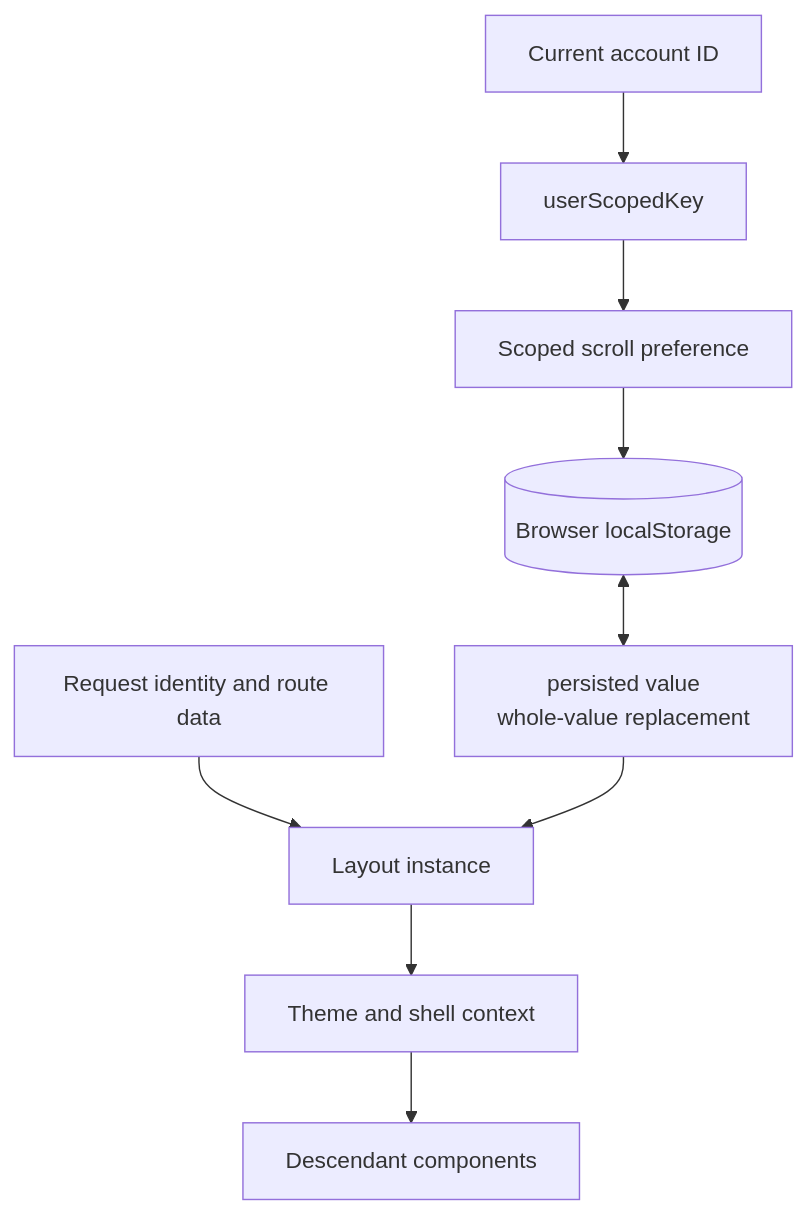
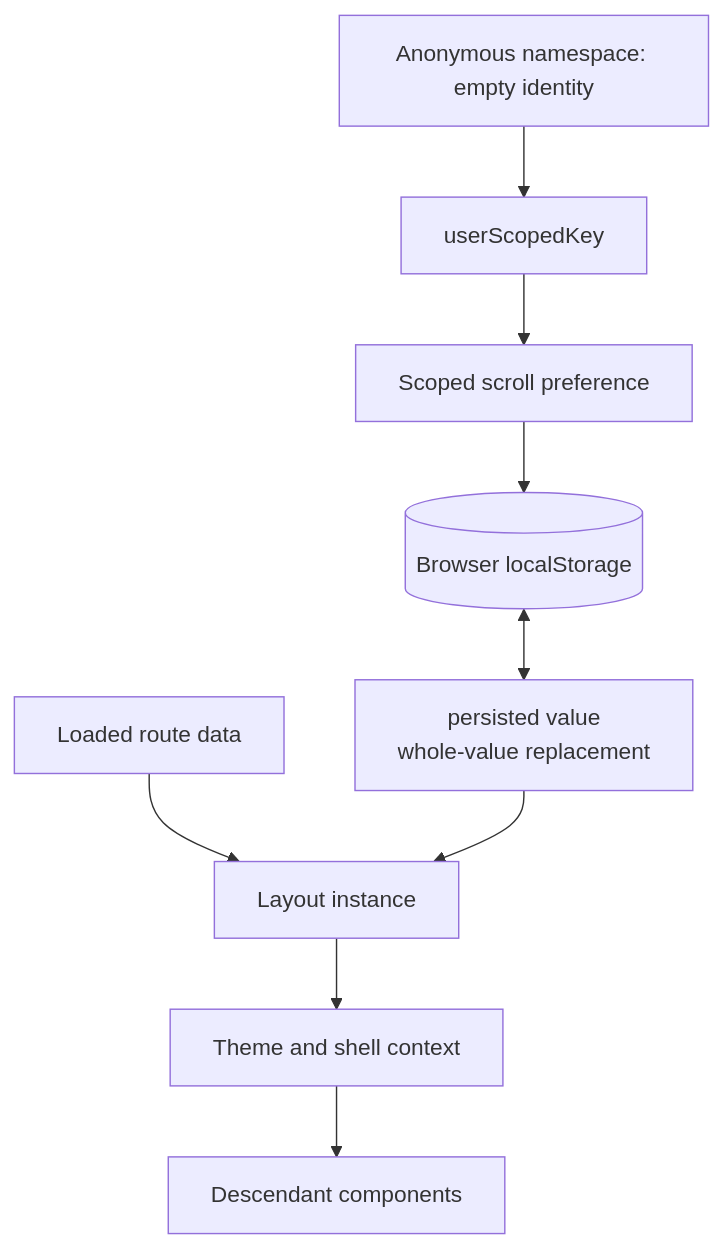
The first of 2 diagrams in src/lib/state/README.md (awpala/financial-calculators), drawn with Mermaid before and after one commit. The commit also changed other lines of this file and 22 other files, not shown here.

````diff
--- a/src/lib/state/README.md
+++ b/src/lib/state/README.md
@@ -34,10 +34,10 @@
 ```mermaid
 flowchart TD
-  REQUEST["Request identity and route data"] --> LAYOUT["Layout instance"]
+  DATA["Loaded route data"] --> LAYOUT["Layout instance"]
   LAYOUT --> CONTEXT["Theme and shell context"]
   CONTEXT --> CHILDREN["Descendant components"]
   BROWSER[("Browser localStorage")] <--> PERSISTED["persisted value<br/>whole-value replacement"]
   PERSISTED --> LAYOUT
-  USER["Current account ID"] --> KEY["userScopedKey"]
+  NAMESPACE["Anonymous namespace: empty identity"] --> KEY["userScopedKey"]
   KEY --> SCROLL["Scoped scroll preference"] --> BROWSER
 ```
````
